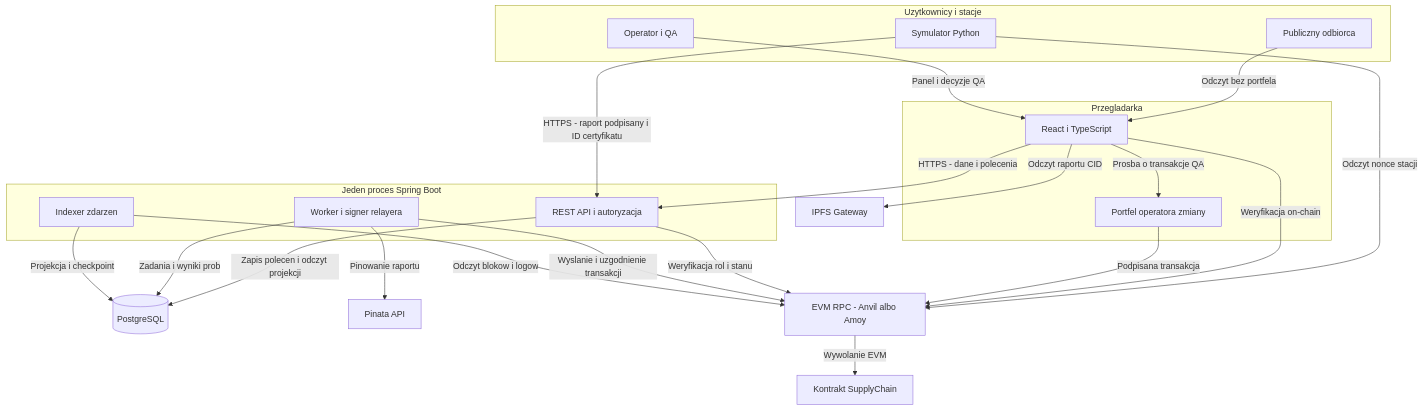
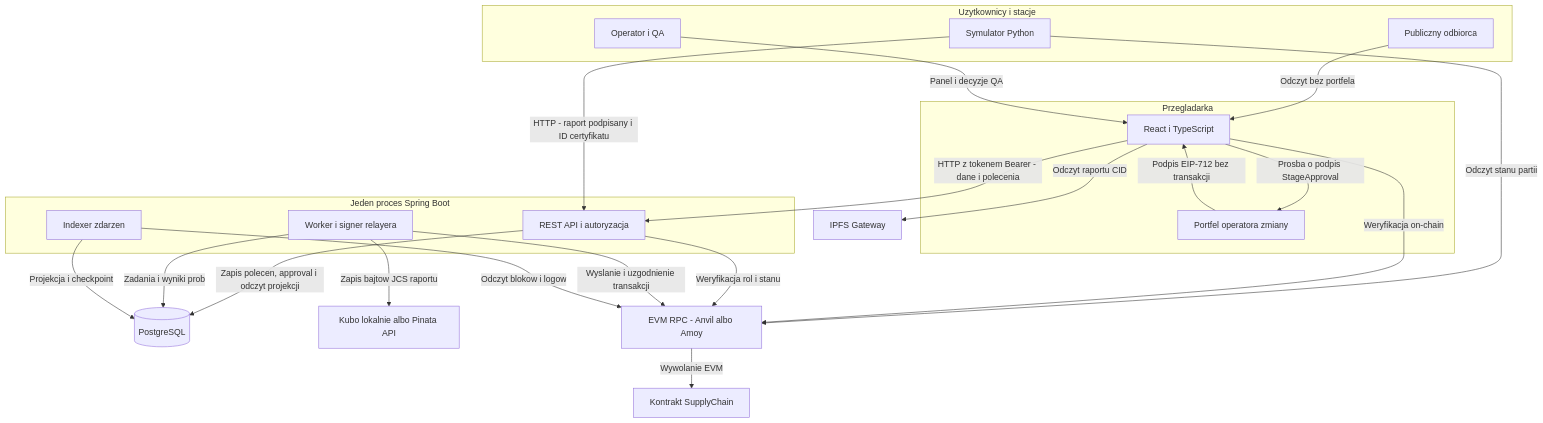
The first of 3 diagrams in docs/diagrams.md (nimek06/PZ_supply_blockchain), drawn with Mermaid before and after one commit. The commit also changed other lines of this file and 64 other files, not shown here.

````diff
--- a/docs/diagrams.md
+++ b/docs/diagrams.md
@@ -18,39 +19,39 @@
 ```mermaid
 flowchart TD
     subgraph ActorsA["Uzytkownicy i stacje"]
         VisitorA["Publiczny odbiorca"]
         OperatorA["Operator i QA"]
         SimulatorA["Symulator Python"]
     end
     subgraph ClientA["Przegladarka"]
         FrontendA["React i TypeScript"]
         WalletA["Portfel operatora zmiany"]
     end
     subgraph BackendA["Jeden proces Spring Boot"]
         ApiA["REST API i autoryzacja"]
         WorkerA["Worker i signer relayera"]
         IndexerA["Indexer zdarzen"]
     end
     DatabaseA[("PostgreSQL")]
-    PinataA["Pinata API"]
+    StorageA["Kubo lokalnie albo Pinata API"]
     GatewayA["IPFS Gateway"]
     RpcA["EVM RPC - Anvil albo Amoy"]
     ContractA["Kontrakt SupplyChain"]
     VisitorA -->|"Odczyt bez portfela"| FrontendA
     OperatorA -->|"Panel i decyzje QA"| FrontendA
-    SimulatorA -->|"HTTPS - raport podpisany i ID certyfikatu"| ApiA
-    SimulatorA -->|"Odczyt nonce stacji"| RpcA
-    FrontendA -->|"HTTPS - dane i polecenia"| ApiA
+    SimulatorA -->|"HTTP - raport podpisany i ID certyfikatu"| ApiA
+    SimulatorA -->|"Odczyt stanu partii"| RpcA
+    FrontendA -->|"HTTP z tokenem Bearer - dane i polecenia"| ApiA
     FrontendA -->|"Odczyt raportu CID"| GatewayA
     FrontendA -->|"Weryfikacja on-chain"| RpcA
-    FrontendA -->|"Prosba o transakcje QA"| WalletA
-    WalletA -->|"Podpisana transakcja"| RpcA
-    ApiA -->|"Zapis polecen i odczyt projekcji"| DatabaseA
+    FrontendA -->|"Prosba o podpis StageApproval"| WalletA
+    WalletA -->|"Podpis EIP-712 bez transakcji"| FrontendA
+    ApiA -->|"Zapis polecen, approval i odczyt projekcji"| DatabaseA
     ApiA -->|"Weryfikacja rol i stanu"| RpcA
     WorkerA -->|"Zadania i wyniki prob"| DatabaseA
-    WorkerA -->|"Pinowanie raportu"| PinataA
+    WorkerA -->|"Zapis bajtow JCS raportu"| StorageA
     WorkerA -->|"Wyslanie i uzgodnienie transakcji"| RpcA
     IndexerA -->|"Odczyt blokow i logow"| RpcA
     IndexerA -->|"Projekcja i checkpoint"| DatabaseA
     RpcA -->|"Wywolanie EVM"| ContractA
 ```
````
